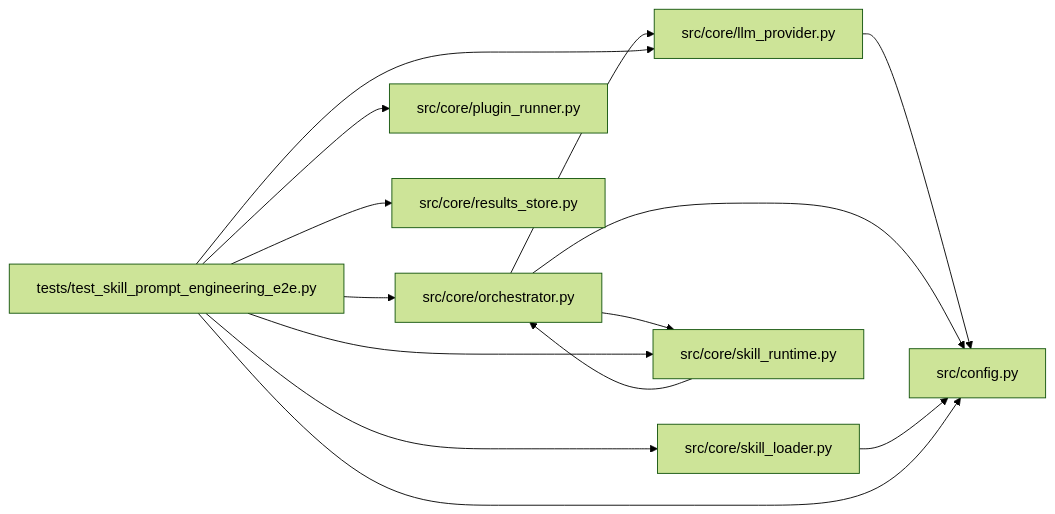
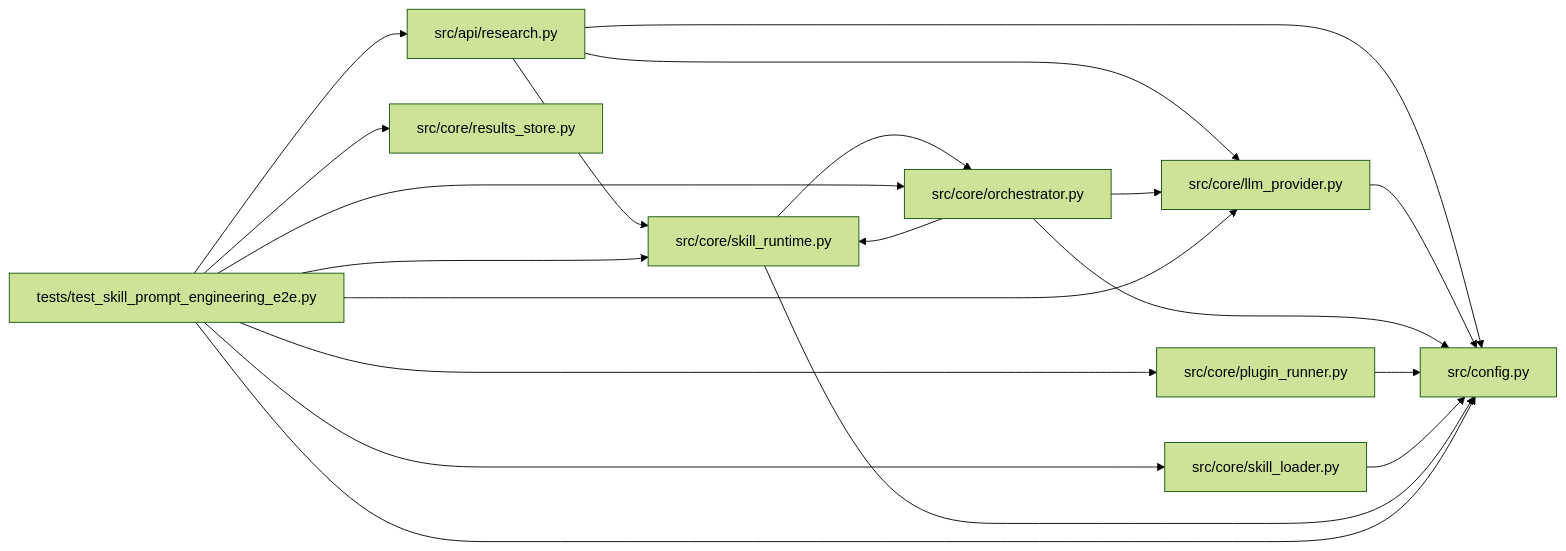
The diagram in docs/llm_wiki/modules/test_skill_prompt_engineering_e2e.md (Denissvgn/autoresearch-agent), drawn with Mermaid (forest theme) before and after one commit. The commit also changed other lines of this file and 1033 other files, not shown here.

````diff
--- a/docs/llm_wiki/modules/test_skill_prompt_engineering_e2e.md
+++ b/docs/llm_wiki/modules/test_skill_prompt_engineering_e2e.md
@@ -48,32 +51,40 @@
 ```mermaid
 flowchart LR
-    n0["src/config.py"]
-    n1["src/core/llm_provider.py"]
-    n2["src/core/orchestrator.py"]
-    n3["src/core/plugin_runner.py"]
-    n4["src/core/results_store.py"]
-    n5["src/core/skill_loader.py"]
-    n6["src/core/skill_runtime.py"]
-    n7["tests/test_skill_prompt_engineering_e2e.py"]
-    n1 --> n0
-    n2 --> n0
+    n0["src/api/research.py"]
+    n1["src/config.py"]
+    n2["src/core/llm_provider.py"]
+    n3["src/core/orchestrator.py"]
+    n4["src/core/plugin_runner.py"]
+    n5["src/core/results_store.py"]
+    n6["src/core/skill_loader.py"]
+    n7["src/core/skill_runtime.py"]
+    n8["tests/test_skill_prompt_engineering_e2e.py"]
+    n0 --> n1
+    n0 --> n2
+    n0 --> n7
     n2 --> n1
-    n2 --> n6
-    n5 --> n0
-    n6 --> n2
-    n7 --> n0
+    n3 --> n1
+    n3 --> n2
+    n3 --> n7
+    n4 --> n1
+    n6 --> n1
     n7 --> n1
-    n7 --> n2
     n7 --> n3
-    n7 --> n4
-    n7 --> n5
-    n7 --> n6
-    click n0 "../modules/config.md"
-    click n1 "../modules/llm_provider.md"
-    click n2 "../modules/orchestrator.md"
-    click n3 "../modules/plugin_runner.md"
-    click n4 "../modules/results_store.md"
-    click n5 "../modules/skill_loader.md"
-    click n6 "../modules/skill_runtime.md"
-    click n7 "../modules/test_skill_prompt_engineering_e2e.md"
+    n8 --> n0
+    n8 --> n1
+    n8 --> n2
+    n8 --> n3
+    n8 --> n4
+    n8 --> n5
+    n8 --> n6
+    n8 --> n7
+    click n0 "../modules/research.md"
+    click n1 "../modules/config.md"
+    click n2 "../modules/llm_provider.md"
+    click n3 "../modules/orchestrator.md"
+    click n4 "../modules/plugin_runner.md"
+    click n5 "../modules/results_store.md"
+    click n6 "../modules/skill_loader.md"
+    click n7 "../modules/skill_runtime.md"
+    click n8 "../modules/test_skill_prompt_engineering_e2e.md"
 ```
````
